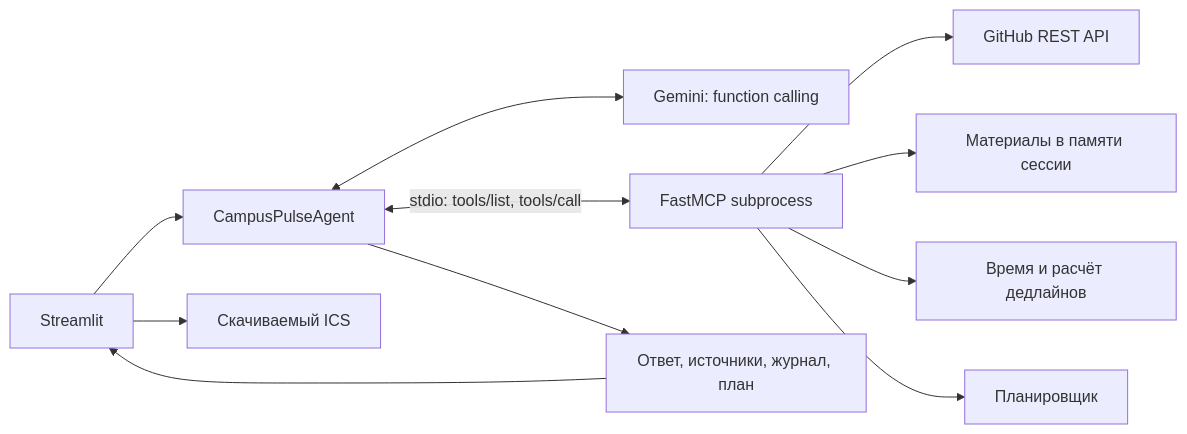
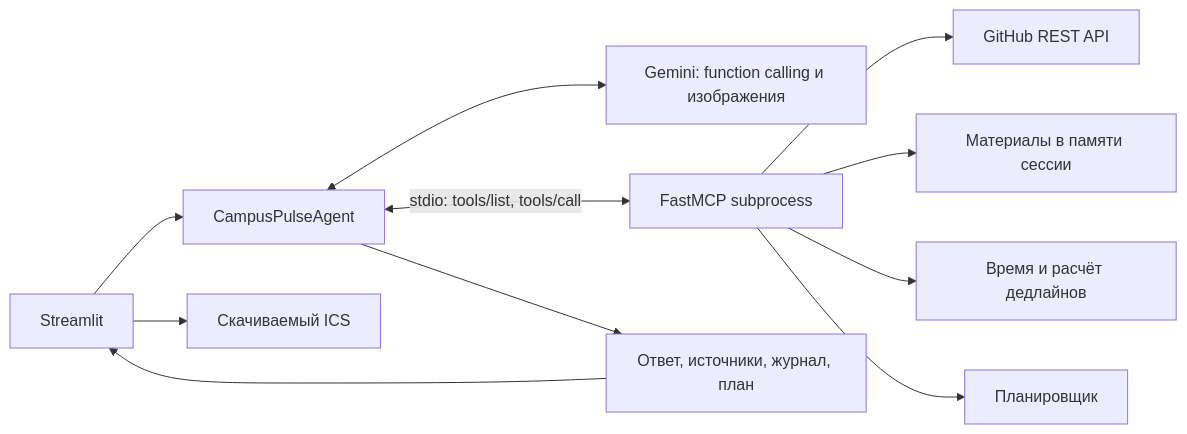
Before and after one commit to X-0mEGa-X/campuspulse-ai: the diagram in docs/ARCHITECTURE.md, drawn with Mermaid. The commit also changed other lines of this file and 15 other files, not shown here.

````diff
--- a/docs/ARCHITECTURE.md
+++ b/docs/ARCHITECTURE.md
@@ -3,13 +3,13 @@
 ```mermaid
 flowchart LR
   UI[Streamlit] --> A[CampusPulseAgent]
-  A <--> G[Gemini: function calling]
+  A <--> G[Gemini: function calling и изображения]
   A <-->|stdio: tools/list, tools/call| MCP[FastMCP subprocess]
   MCP --> GH[GitHub REST API]
   MCP --> D[Материалы в памяти сессии]
   MCP --> T[Время и расчёт дедлайнов]
   MCP --> P[Планировщик]
   A --> R[Ответ, источники, журнал, план]
   R --> UI
   UI --> ICS[Скачиваемый ICS]
 ```
````
